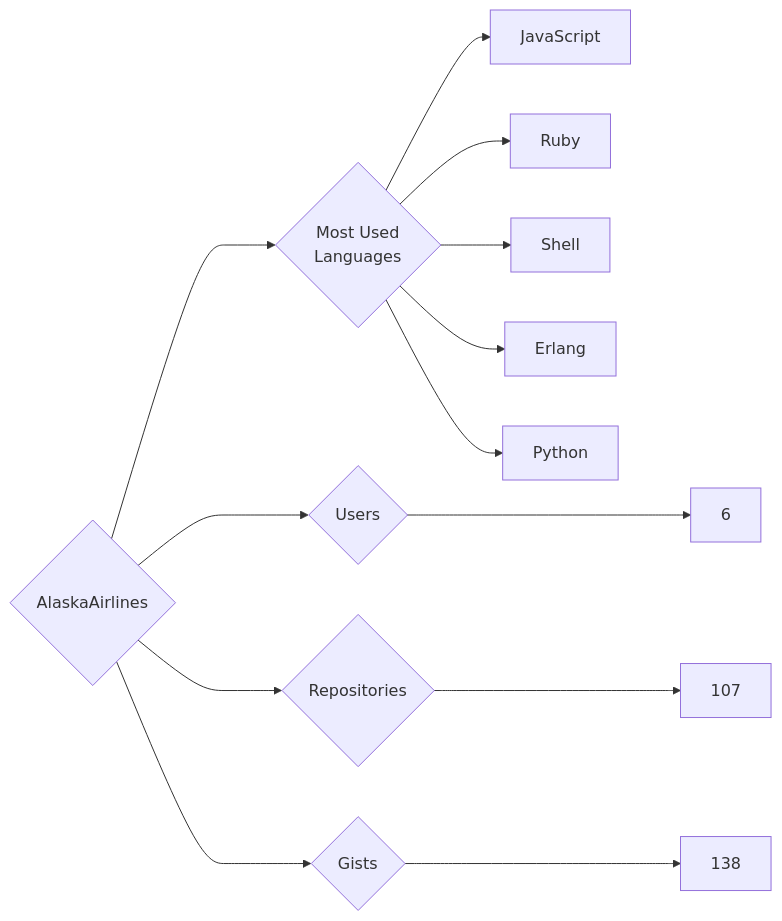
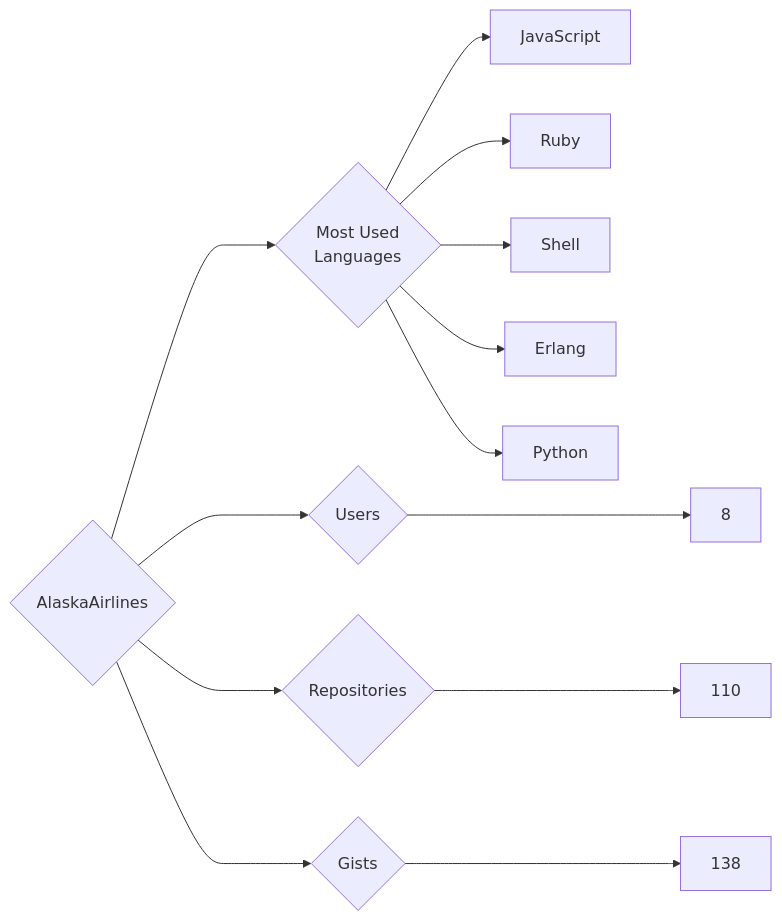
Before and after one commit to trickest/insiders: the diagram in targets/AlaskaAirlines/README.md, drawn with Mermaid. The commit also changed 1149 other files, not shown here.

````diff
--- a/targets/AlaskaAirlines/README.md
+++ b/targets/AlaskaAirlines/README.md
@@ -3,13 +3,13 @@
 ```mermaid
 graph LR
 COMPANY_NAME{AlaskaAirlines}
-COMPANY_NAME ---> U{Users} ---> UN[6]
-COMPANY_NAME ---> R{Repositories} ---> RN[107]
+COMPANY_NAME ---> U{Users} ---> UN[8]
+COMPANY_NAME ---> R{Repositories} ---> RN[110]
 COMPANY_NAME ---> G{Gists} ---> GN[138]
 COMPANY_NAME ---> ML{Most Used<br>Languages}
 ML --> JavaScript[JavaScript]
 ML --> Ruby[Ruby]
 ML --> Shell[Shell]
 ML --> Erlang[Erlang]
 ML --> Python[Python]
 ```
````
